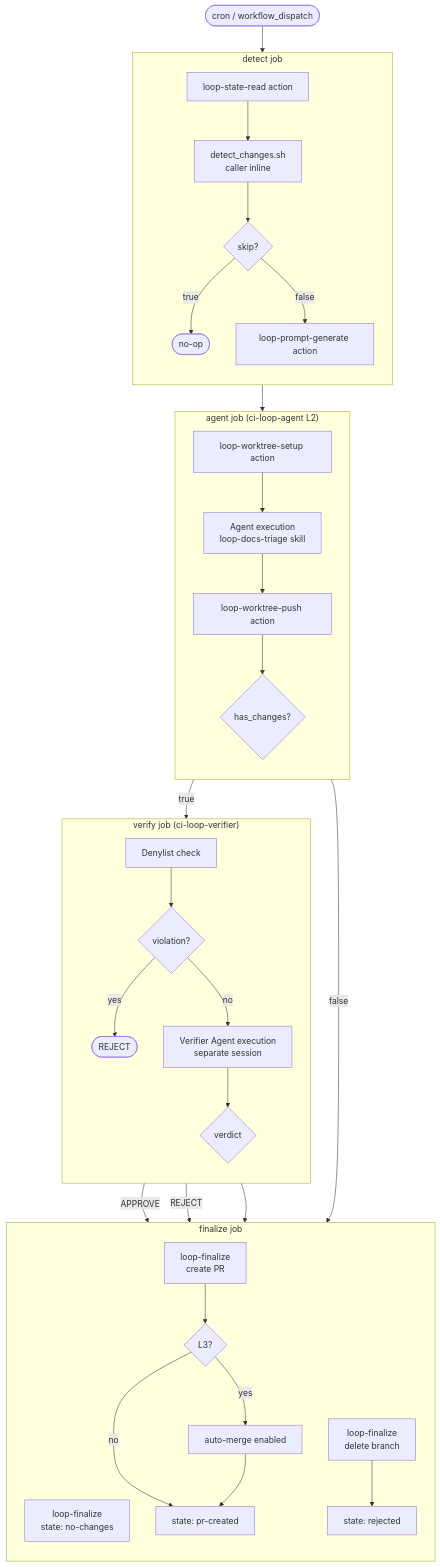
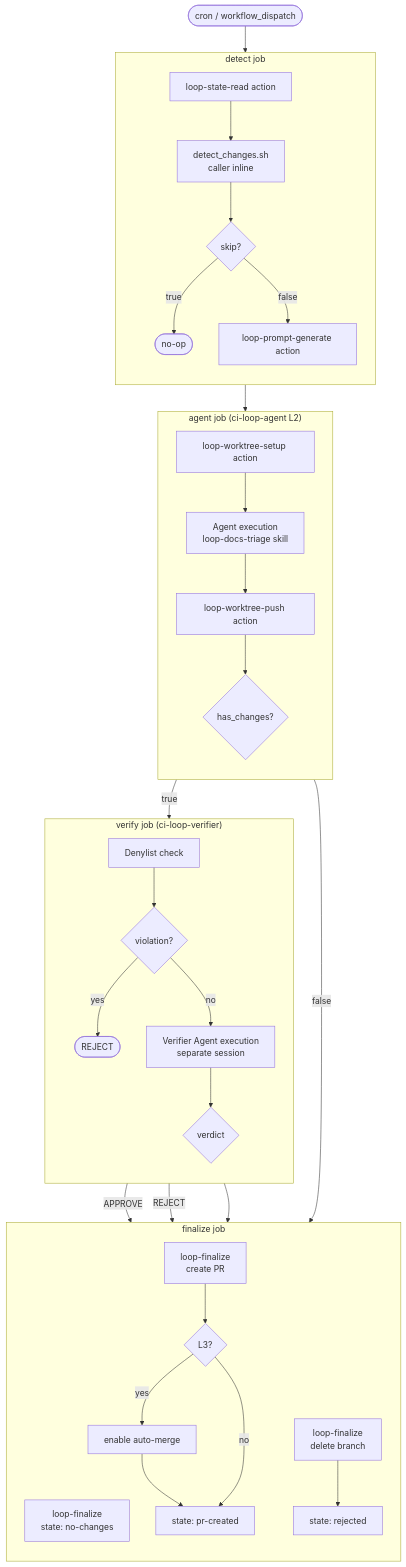
Before and after one commit to y-miyazaki/config: the first of 2 diagrams in docs/explanation/loop-engineering-design.md, drawn with Mermaid. The commit also changed other lines of this file, not shown here.

Commit message:
Update Loop Engineering Design documentation to clarify auto-merge process
- Revised the description of the `loop-finalize` action to specify that it creates a PR with auto-merge enabled at L3.
- Enhanced the workflow architecture diagram to illustrate the auto-merge flow, improving clarity on the finalize job's behavior.

````diff
--- a/docs/explanation/loop-engineering-design.md
+++ b/docs/explanation/loop-engineering-design.md
@@ -111,49 +111,48 @@
 ```mermaid
 flowchart TD
     %% Trigger
     trigger([cron / workflow_dispatch]) --> detect
 
     %% Detect Job
     subgraph detect["detect job"]
         direction TB
         D1[loop-state-read action] --> D2[detect_changes.sh<br/>caller inline]
         D2 --> D3{skip?}
         D3 -->|true| D_END([no-op])
         D3 -->|false| D4[loop-prompt-generate action]
     end
 
     %% Agent Job
     D4 --> agent
     subgraph agent["agent job (ci-loop-agent L2)"]
         direction TB
         A1[loop-worktree-setup action] --> A2[Agent execution<br/>loop-docs-triage skill]
         A2 --> A3[loop-worktree-push action]
         A3 --> A4{has_changes?}
     end
 
     %% Verify Job
     A4 -->|true| verify
     A4 -->|false| finalize_no
     subgraph verify["verify job (ci-loop-verifier)"]
         direction TB
         V1[Denylist check] --> V2{violation?}
         V2 -->|yes| V_REJECT([REJECT])
         V2 -->|no| V3[Verifier Agent execution<br/>separate session]
         V3 --> V4{verdict}
     end
 
     %% Finalize Job
     V4 -->|APPROVE| finalize_approve
     V4 -->|REJECT| finalize_reject
     V_REJECT --> finalize_reject
 
     subgraph finalize["finalize job"]
         direction TB
         finalize_approve[loop-finalize<br/>create PR] --> F_AUTO{L3?}
-        F_AUTO -->|yes| F_MERGE[auto-merge enabled]
-        F_AUTO -->|no| F_STATE[state: pr-created]
-        F_MERGE --> F_STATE
+        F_AUTO -->|yes| F_MERGE[enable auto-merge] --> F_STATE[state: pr-created]
+        F_AUTO -->|no| F_STATE
         finalize_reject[loop-finalize<br/>delete branch] --> F_STATE2[state: rejected]
         finalize_no[loop-finalize<br/>state: no-changes]
     end
 ```
````
